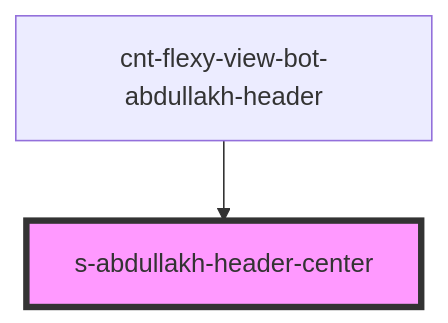
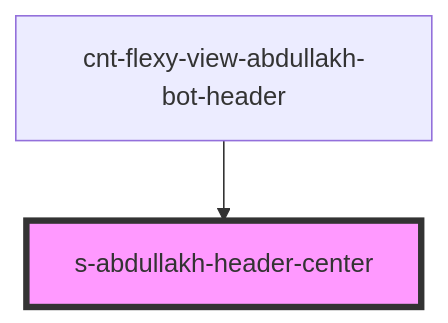
Before and after one commit to Wokh-Dada/botdevelopmentapp: the diagram in src/components/cnt-flexy-view-abdullakh-bot-header-1_0_0/res/view/cnt-flexy-view-abdullakh-bot-header/res/view/s-abdullakh-header-center/readme.md, drawn with Mermaid. The commit also changed other lines of this file and 24 other files, not shown here.

````diff
--- a/src/components/cnt-flexy-view-abdullakh-bot-header-1_0_0/res/view/cnt-flexy-view-abdullakh-bot-header/res/view/s-abdullakh-header-center/readme.md
+++ b/src/components/cnt-flexy-view-abdullakh-bot-header-1_0_0/res/view/cnt-flexy-view-abdullakh-bot-header/res/view/s-abdullakh-header-center/readme.md
@@ -29,5 +29,5 @@
 ```mermaid
 graph TD;
-  cnt-flexy-view-bot-abdullakh-header --> s-abdullakh-header-center
+  cnt-flexy-view-abdullakh-bot-header --> s-abdullakh-header-center
   style s-abdullakh-header-center fill:#f9f,stroke:#333,stroke-width:4px
 ```
````
